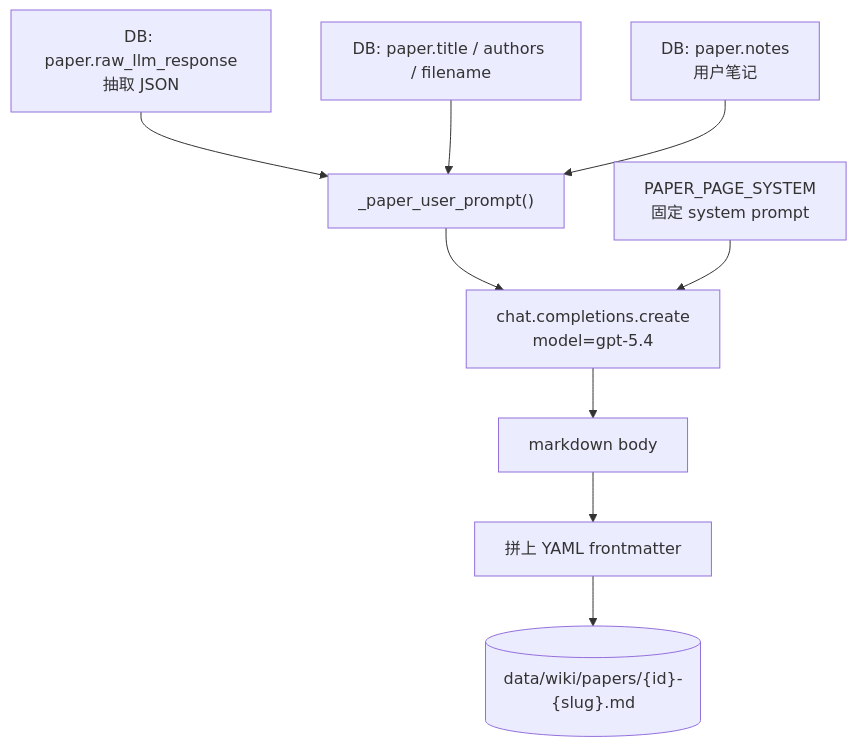
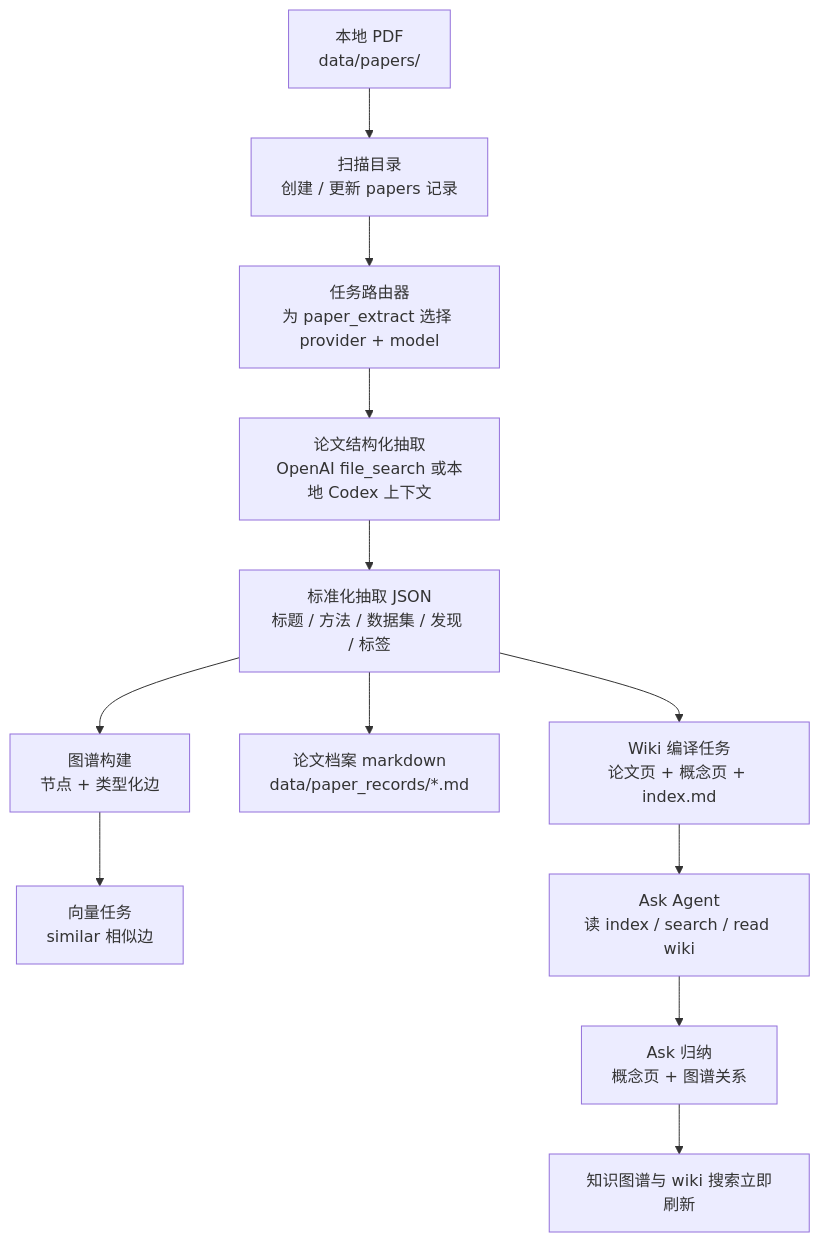
One commit to vince-xunzhe/Knowra changed the first of 2 diagrams in README.zh.md. Above: the diagram before and after it, drawn with Mermaid. The commit also changed other lines of this file and 10 other files, not shown here.

````diff
--- a/README.zh.md
+++ b/README.zh.md
@@ -50,11 +24,14 @@
 ```mermaid
 flowchart TD
-    A["DB: paper.raw_llm_response<br/>抽取 JSON"] --> P
-    B["DB: paper.title / authors / filename"] --> P
-    C["DB: paper.notes<br/>用户笔记"] --> P
-    P["_paper_user_prompt()"] --> L
-    S["PAPER_PAGE_SYSTEM<br/>固定 system prompt"] --> L
-    L["chat.completions.create<br/>model=gpt-5.4"] --> M["markdown body"]
-    M --> F["拼上 YAML frontmatter"]
-    F --> O[("data/wiki/papers/{id}-{slug}.md")]
+    A["本地 PDF<br/>data/papers/"] --> B["扫描目录<br/>创建 / 更新 papers 记录"]
+    B --> C["任务路由器<br/>为 paper_extract 选择 provider + model"]
+    C --> D["论文结构化抽取<br/>OpenAI file_search 或本地 Codex 上下文"]
+    D --> E["标准化抽取 JSON<br/>标题 / 方法 / 数据集 / 发现 / 标签"]
+    E --> F["图谱构建<br/>节点 + 类型化边"]
+    E --> G["论文档案 markdown<br/>data/paper_records/*.md"]
+    F --> H["向量任务<br/>similar 相似边"]
+    E --> I["Wiki 编译任务<br/>论文页 + 概念页 + index.md"]
+    I --> J["Ask Agent<br/>读 index / search / read wiki"]
+    J --> K["Ask 归纳<br/>概念页 + 图谱关系"]
+    K --> L["知识图谱与 wiki 搜索立即刷新"]
 ```
````
